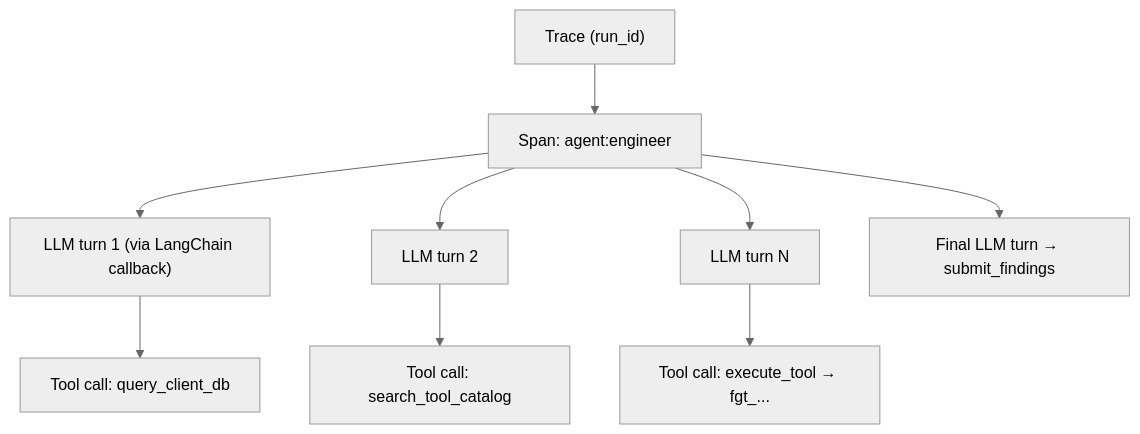
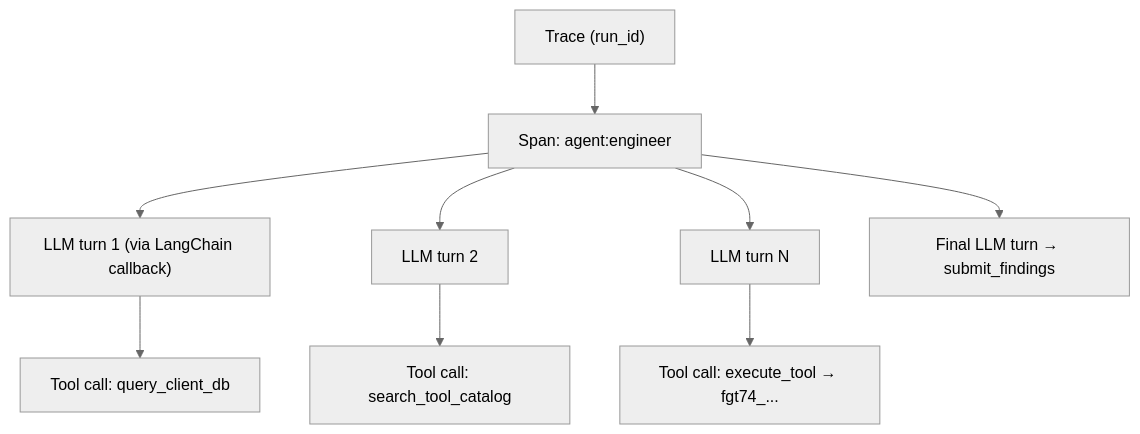
Before and after one commit to jofra02/L8R: the diagram in docs/architecture/observability.md, drawn with Mermaid (neutral theme). The commit also changed 12 other files, not shown here.

First line of the commit message:
docs: versioned packs, tool catalog schema capture, FortiEDR integration

````diff
--- a/docs/architecture/observability.md
+++ b/docs/architecture/observability.md
@@ -13,11 +13,11 @@
 ```mermaid
 graph TD
     T["Trace (run_id)"] --> E["Span: agent:engineer"]
     E --> L1["LLM turn 1 (via LangChain callback)"]
     L1 --> C1["Tool call: query_client_db"]
     E --> L2["LLM turn 2"]
     L2 --> C2["Tool call: search_tool_catalog"]
     E --> L3["LLM turn N"]
-    L3 --> C3["Tool call: execute_tool → fgt_..."]
+    L3 --> C3["Tool call: execute_tool → fgt74_..."]
     E --> LF["Final LLM turn → submit_findings"]
 ```
````
